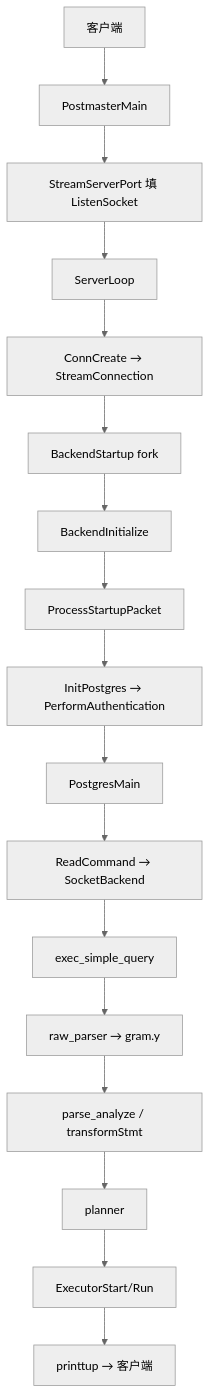
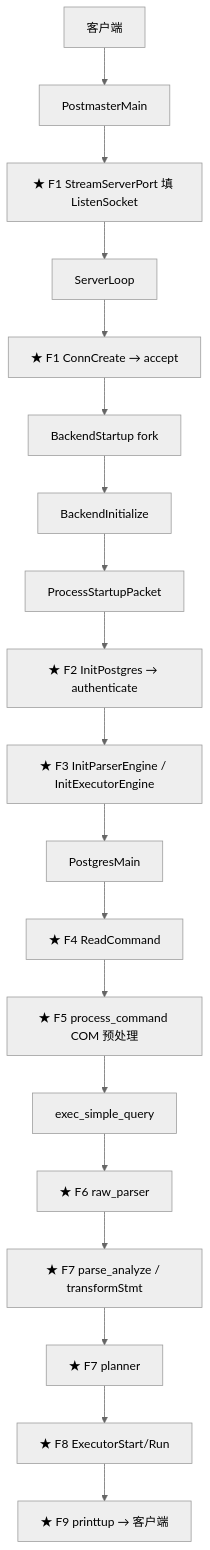
The first of 2 diagrams in database/openhalo/openhalo-mysql-compatibility.md (Meta11ic0/fluffynotes), drawn with Mermaid (neutral theme) before and after one commit. The commit also changed other lines of this file, not shown here.

````diff
--- a/database/openhalo/openhalo-mysql-compatibility.md
+++ b/database/openhalo/openhalo-mysql-compatibility.md
@@ -57,19 +57,21 @@
 ```mermaid
 flowchart TB
     C[客户端] --> PM[PostmasterMain]
-    PM --> L[StreamServerPort 填 ListenSocket]
+    PM --> L["★ F1 StreamServerPort 填 ListenSocket"]
     L --> SL[ServerLoop]
-    SL --> CC[ConnCreate → StreamConnection]
+    SL --> CC["★ F1 ConnCreate → accept"]
     CC --> BS[BackendStartup fork]
     BS --> BI[BackendInitialize]
     BI --> PSP[ProcessStartupPacket]
-    PSP --> IP[InitPostgres → PerformAuthentication]
-    IP --> PMN[PostgresMain]
-    PMN --> RC[ReadCommand → SocketBackend]
-    RC --> ESQ[exec_simple_query]
-    ESQ --> RP[raw_parser → gram.y]
-    RP --> PA[parse_analyze / transformStmt]
-    PA --> PL[planner]
-    PL --> EX[ExecutorStart/Run]
-    EX --> PT[printtup → 客户端]
+    PSP --> IP["★ F2 InitPostgres → authenticate"]
+    IP --> ENG["★ F3 InitParserEngine / InitExecutorEngine"]
+    ENG --> PMN[PostgresMain]
+    PMN --> RC["★ F4 ReadCommand"]
+    RC --> PC["★ F5 process_command COM 预处理"]
+    PC --> ESQ[exec_simple_query]
+    ESQ --> RP["★ F6 raw_parser"]
+    RP --> PA["★ F7 parse_analyze / transformStmt"]
+    PA --> PL["★ F7 planner"]
+    PL --> EX["★ F8 ExecutorStart/Run"]
+    EX --> PT["★ F9 printtup → 客户端"]
 ```
````
